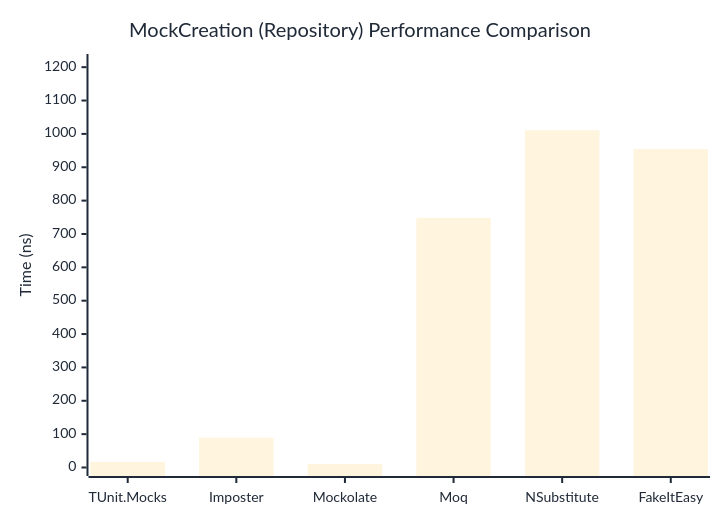
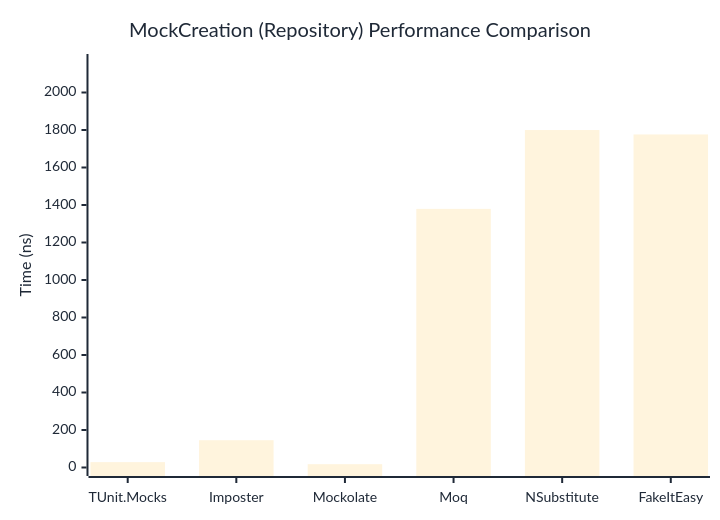
The second of 2 diagrams in docs/docs/benchmarks/mocks/MockCreation.md (thomhurst/TUnit), drawn with Mermaid before and after one commit. The commit also changed other lines of this file and 14 other files, not shown here.

````diff
--- a/docs/docs/benchmarks/mocks/MockCreation.md
+++ b/docs/docs/benchmarks/mocks/MockCreation.md
@@ -71,27 +71,27 @@
 ```mermaid
 %%{init: {
   'theme':'base',
   'themeVariables': {
     'primaryColor': '#2563eb',
     'primaryTextColor': '#1f2937',
     'primaryBorderColor': '#1e40af',
     'lineColor': '#6b7280',
     'secondaryColor': '#7c3aed',
     'tertiaryColor': '#dc2626',
     'background': '#ffffff',
     'pie1': '#2563eb',
     'pie2': '#7c3aed',
     'pie3': '#dc2626',
     'pie4': '#f59e0b',
     'pie5': '#10b981',
     'pie6': '#06b6d4',
     'pie7': '#ec4899',
     'pie8': '#6366f1'
   }
 }}%%
 xychart-beta
   title "MockCreation (Repository) Performance Comparison"
   x-axis ["TUnit.Mocks", "Imposter", "Mockolate", "Moq", "NSubstitute", "FakeItEasy"]
-  y-axis "Time (ns)" 0 --> 1214
-  bar [16.8, 89.13, 10.41, 748.28, 1011.1, 954.91]
+  y-axis "Time (ns)" 0 --> 2160
+  bar [28.62, 145.56, 17.67, 1379.28, 1799.71, 1776.3]
 ```
````
